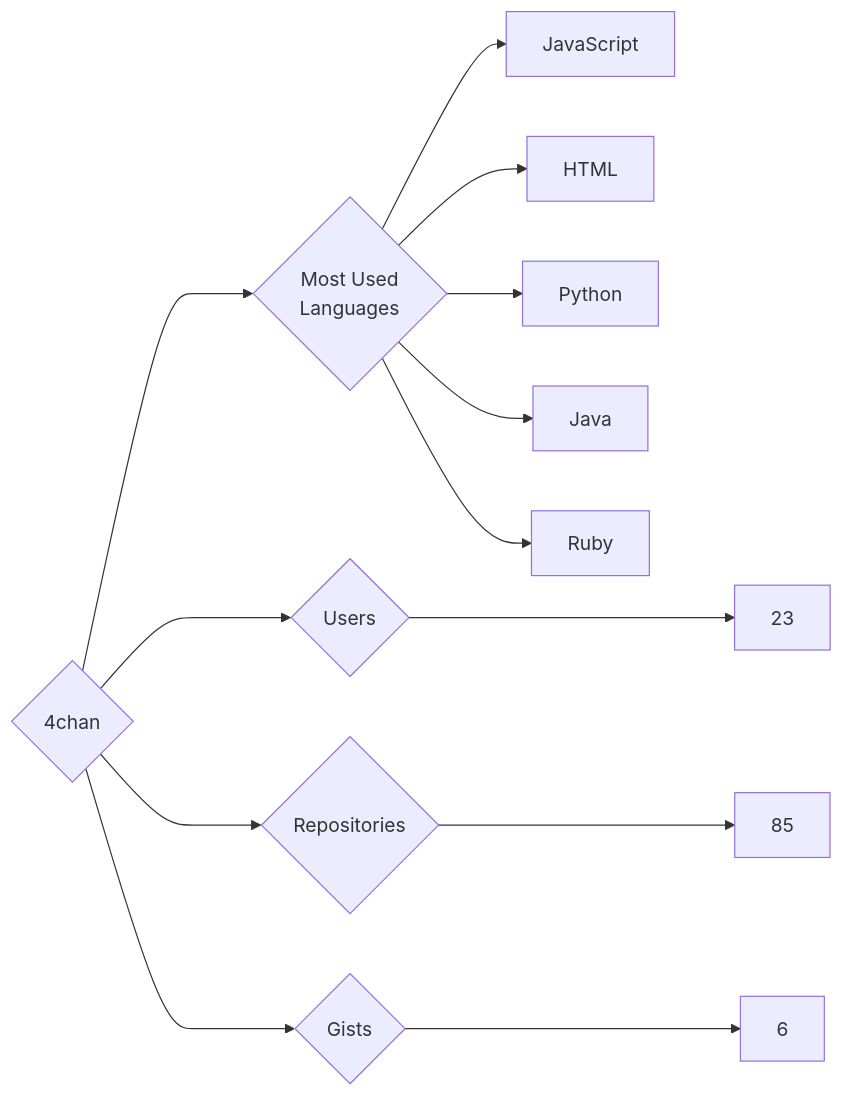
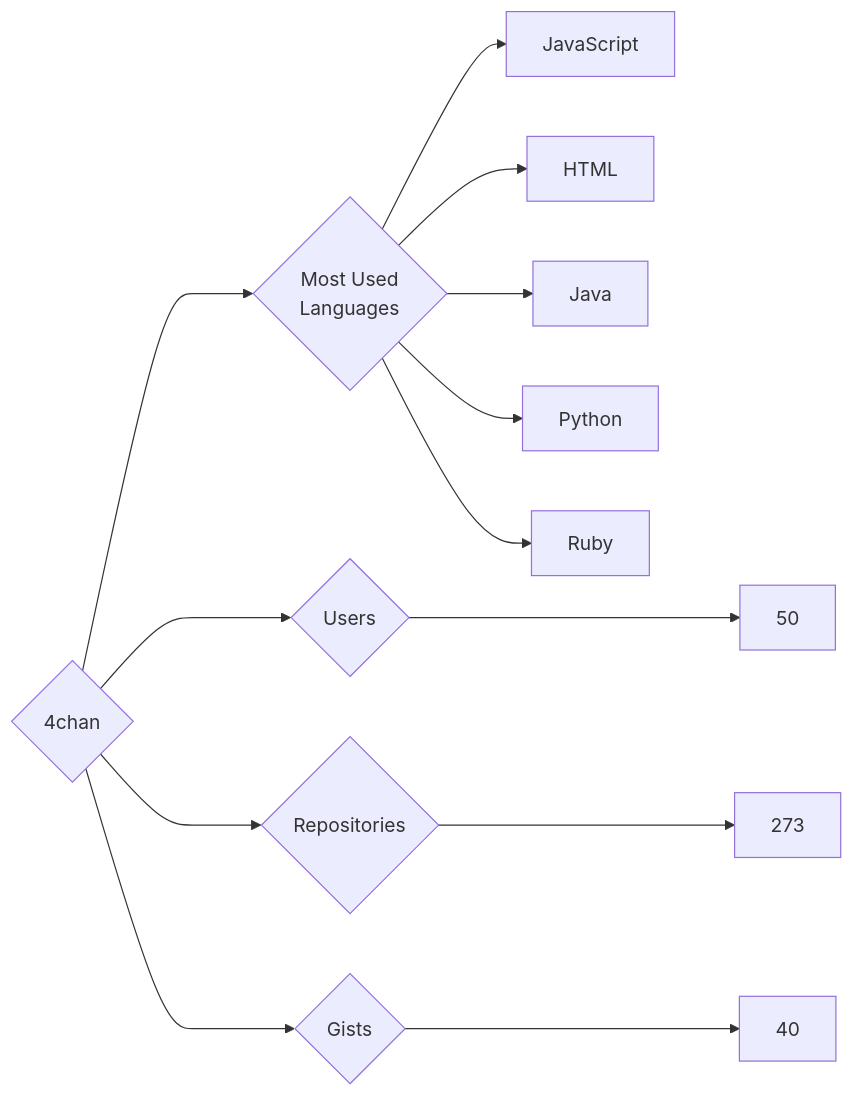
Before and after one commit to trickest/insiders: the diagram in targets/4chan/README.md, drawn with Mermaid. The commit also changed 1314 other files, not shown here.

````diff
--- a/targets/4chan/README.md
+++ b/targets/4chan/README.md
@@ -3,13 +3,13 @@
 ```mermaid
 graph LR
 COMPANY_NAME{4chan}
-COMPANY_NAME ---> U{Users} ---> UN[23]
-COMPANY_NAME ---> R{Repositories} ---> RN[85]
-COMPANY_NAME ---> G{Gists} ---> GN[6]
+COMPANY_NAME ---> U{Users} ---> UN[50]
+COMPANY_NAME ---> R{Repositories} ---> RN[273]
+COMPANY_NAME ---> G{Gists} ---> GN[40]
 COMPANY_NAME ---> ML{Most Used<br>Languages}
 ML --> JavaScript[JavaScript]
 ML --> HTML[HTML]
+ML --> Java[Java]
 ML --> Python[Python]
-ML --> Java[Java]
 ML --> Ruby[Ruby]
 ```
````
